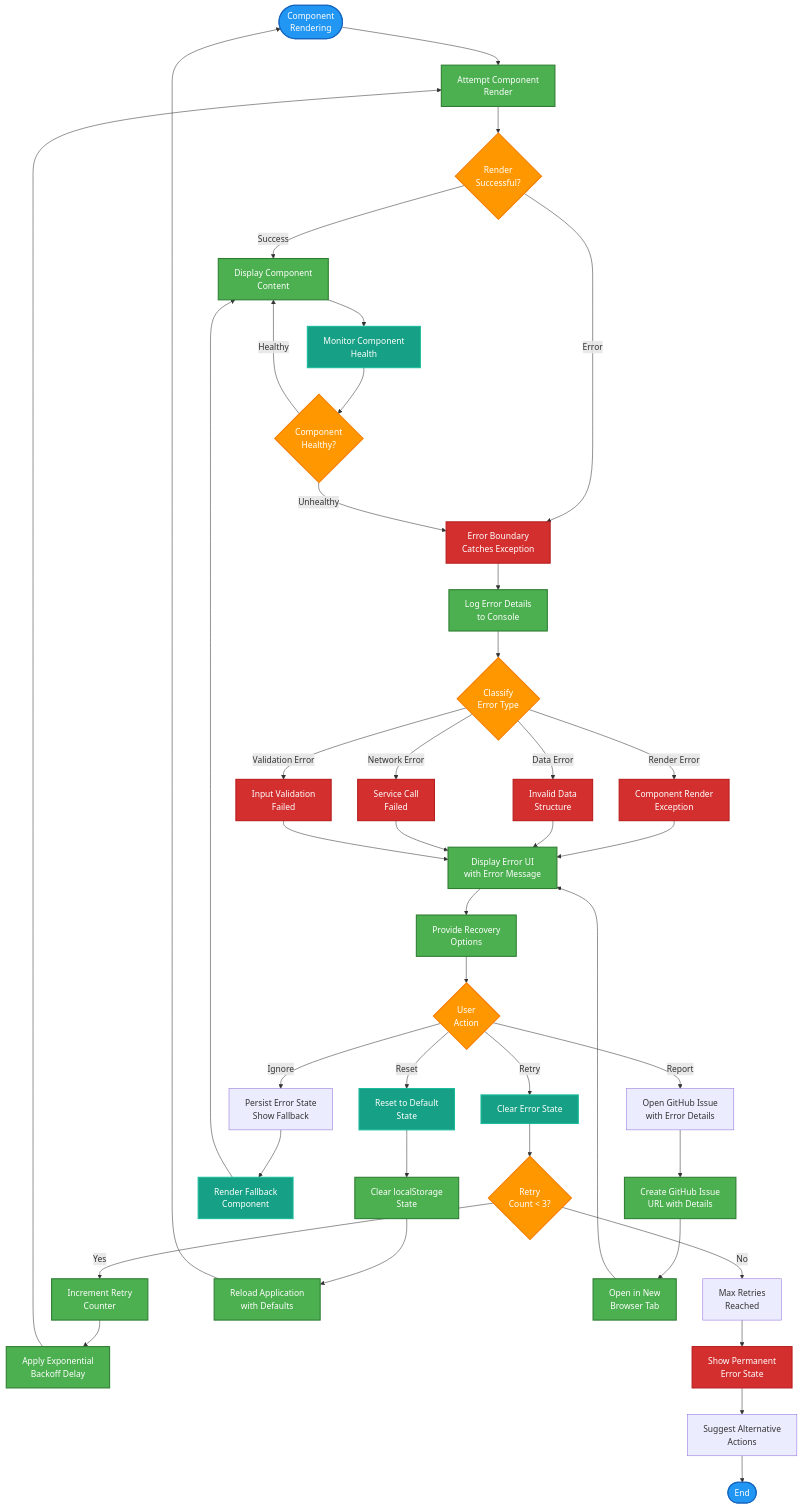
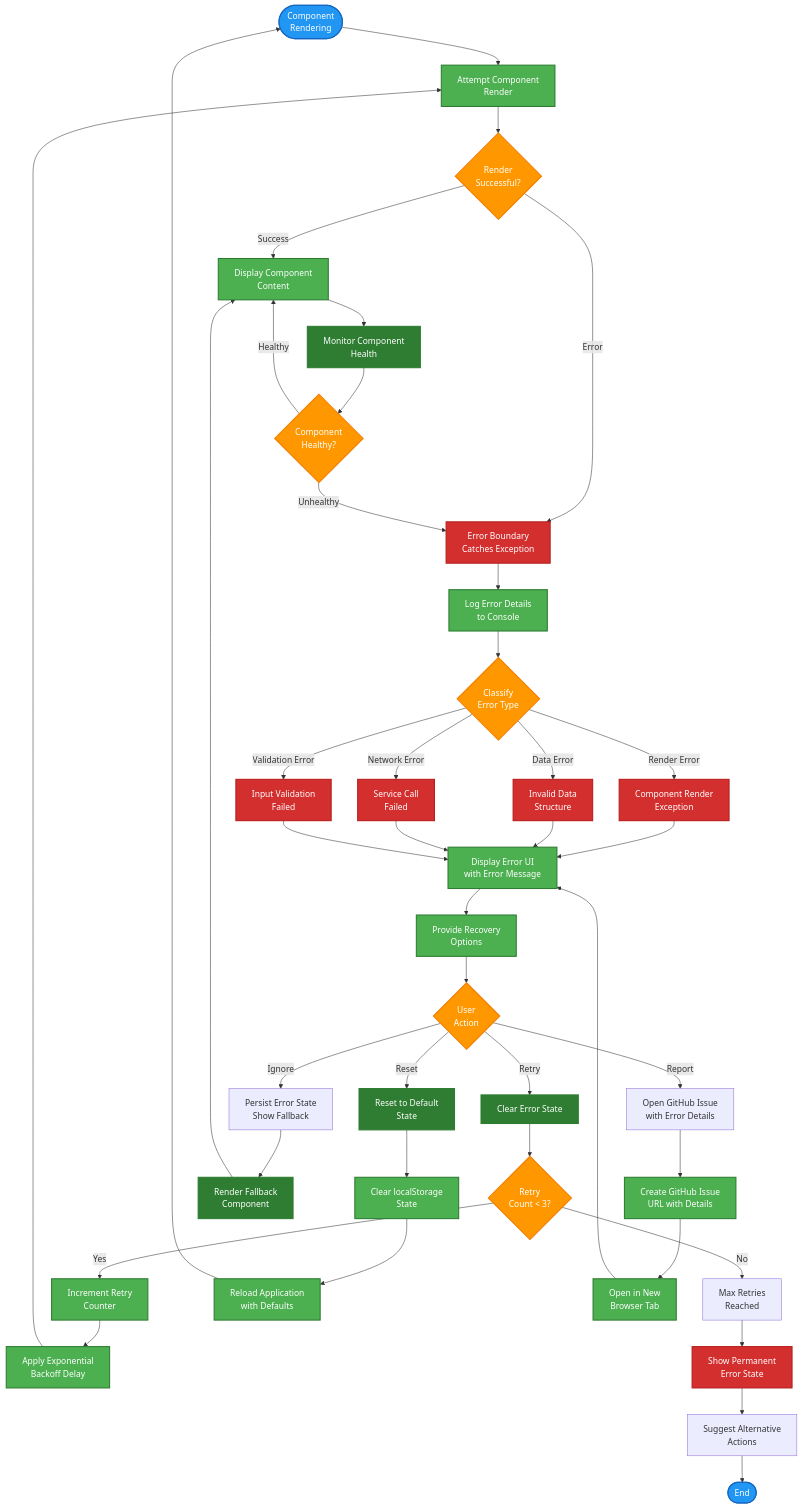
The ninth of 13 diagrams in docs/architecture/FLOWCHART.md (Hack23/cia-compliance-manager), drawn with Mermaid before and after one commit. The commit also changed other lines of this file and 18 other files, not shown here.

````diff
--- a/docs/architecture/FLOWCHART.md
+++ b/docs/architecture/FLOWCHART.md
@@ -708,71 +708,71 @@
 ```mermaid
 flowchart TD
     Start([Component<br>Rendering]) --> RenderAttempt[Attempt Component<br>Render]
     
     RenderAttempt --> RenderCheck{Render<br>Successful?}
     RenderCheck -->|Success| DisplayContent[Display Component<br>Content]
     RenderCheck -->|Error| ErrorCaught[Error Boundary<br>Catches Exception]
     
     ErrorCaught --> LogError[Log Error Details<br>to Console]
     LogError --> DetermineErrorType{Classify<br>Error Type}
     
     DetermineErrorType -->|Render Error| RenderError[Component Render<br>Exception]
     DetermineErrorType -->|Data Error| DataError[Invalid Data<br>Structure]
     DetermineErrorType -->|Network Error| NetworkError[Service Call<br>Failed]
     DetermineErrorType -->|Validation Error| ValidationError[Input Validation<br>Failed]
     
     RenderError --> ShowErrorUI[Display Error UI<br>with Error Message]
     DataError --> ShowErrorUI
     NetworkError --> ShowErrorUI
     ValidationError --> ShowErrorUI
     
     ShowErrorUI --> ProvideOptions[Provide Recovery<br>Options]
     ProvideOptions --> UserChoice{User<br>Action}
     
     UserChoice -->|Retry| ClearErrorState[Clear Error State]
     UserChoice -->|Reset| ResetToDefaults[Reset to Default<br>State]
     UserChoice -->|Ignore| PersistError[Persist Error State<br>Show Fallback]
     UserChoice -->|Report| OpenIssue[Open GitHub Issue<br>with Error Details]
     
     ClearErrorState --> RetryCount{Retry<br>Count < 3?}
     RetryCount -->|Yes| IncrementRetry[Increment Retry<br>Counter]
     RetryCount -->|No| MaxRetriesReached[Max Retries<br>Reached]
     
     IncrementRetry --> ExponentialBackoff[Apply Exponential<br>Backoff Delay]
     ExponentialBackoff --> RenderAttempt
     
     MaxRetriesReached --> ShowPermanentError[Show Permanent<br>Error State]
     ShowPermanentError --> SuggestActions[Suggest Alternative<br>Actions]
     SuggestActions --> End([End])
     
     ResetToDefaults --> ClearStorage[Clear localStorage<br>State]
     ClearStorage --> ReloadApp[Reload Application<br>with Defaults]
     ReloadApp --> Start
     
     PersistError --> RenderFallback[Render Fallback<br>Component]
     RenderFallback --> DisplayContent
     
     OpenIssue --> CreateIssueURL[Create GitHub Issue<br>URL with Details]
     CreateIssueURL --> OpenInNewTab[Open in New<br>Browser Tab]
     OpenInNewTab --> ShowErrorUI
     
     DisplayContent --> MonitorHealth[Monitor Component<br>Health]
     MonitorHealth --> HealthCheck{Component<br>Healthy?}
     HealthCheck -->|Healthy| DisplayContent
     HealthCheck -->|Unhealthy| ErrorCaught
     
     %% Apply styles
     classDef startend fill:#2196F3,stroke:#1565C0,stroke-width:2px,color:#ffffff
     classDef process fill:#4CAF50,stroke:#2E7D32,stroke-width:2px,color:#ffffff
     classDef error fill:#D32F2F,stroke:#B71C1C,stroke-width:2px,color:#ffffff
     classDef decision fill:#FF9800,stroke:#F57C00,stroke-width:2px,color:#ffffff
-    classDef recovery fill:#16a085,stroke:#1abc9c,stroke-width:2px,color:white
+    classDef recovery fill:#2E7D32,stroke:#1B5E20,stroke-width:2px,color:#ffffff,stroke:#2E7D32,stroke-width:2px,color:white
     classDef success fill:#4CAF50,stroke:#2E7D32,stroke-width:2px,color:#ffffff
     
     class Start,End startend
     class RenderAttempt,LogError,ShowErrorUI,ProvideOptions,IncrementRetry,ExponentialBackoff,ClearStorage,ReloadApp,CreateIssueURL,OpenInNewTab process
     class ErrorCaught,RenderError,DataError,NetworkError,ValidationError,ShowPermanentError error
     class RenderCheck,DetermineErrorType,UserChoice,RetryCount,HealthCheck decision
     class ClearErrorState,ResetToDefaults,RenderFallback,MonitorHealth recovery
     class DisplayContent success
 ```
````
